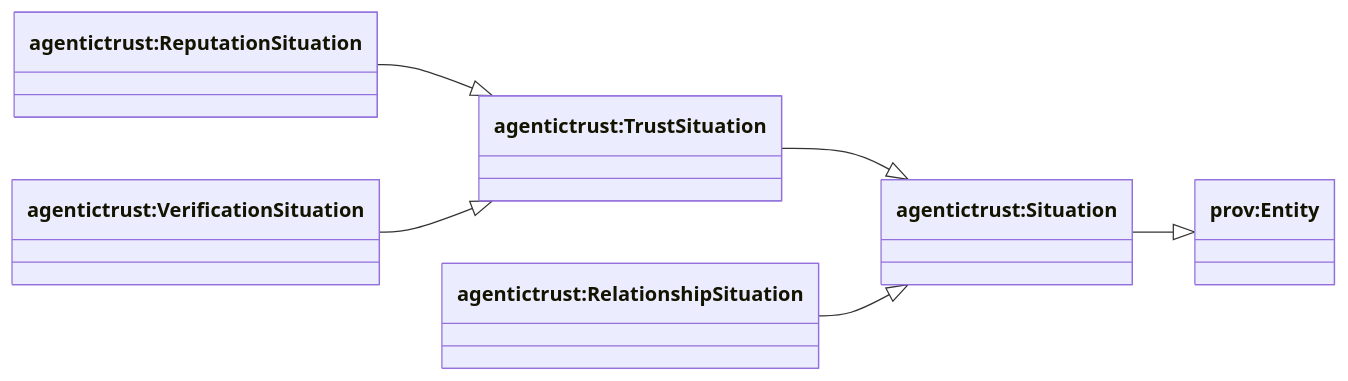
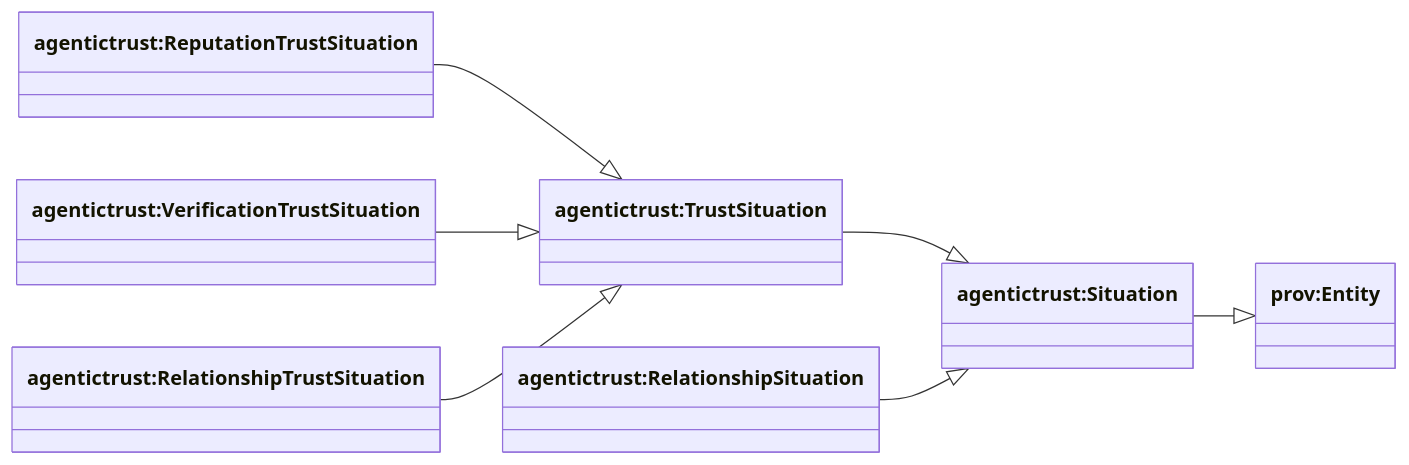
The first of 7 diagrams in docs/ontology/situation.md (Agentic-Trust-Layer/agent-explorer), drawn with Mermaid before and after one commit. The commit also changed other lines of this file and 16 other files, not shown here.

Commit message:
update with trust situation and trust assertion

````diff
--- a/docs/ontology/situation.md
+++ b/docs/ontology/situation.md
@@ -12,17 +12,19 @@
 ```mermaid
 classDiagram
 direction LR
 
 class provEntity["prov:Entity"]
 class Situation["agentictrust:Situation"]
 class TrustSituation["agentictrust:TrustSituation"]
-class ReputationSituation["agentictrust:ReputationSituation"]
-class VerificationSituation["agentictrust:VerificationSituation"]
+class ReputationTrustSituation["agentictrust:ReputationTrustSituation"]
+class VerificationTrustSituation["agentictrust:VerificationTrustSituation"]
 class RelationshipSituation["agentictrust:RelationshipSituation"]
+class RelationshipTrustSituation["agentictrust:RelationshipTrustSituation"]
 
 Situation --|> provEntity
 TrustSituation --|> Situation
-ReputationSituation --|> TrustSituation
-VerificationSituation --|> TrustSituation
+ReputationTrustSituation --|> TrustSituation
+VerificationTrustSituation --|> TrustSituation
 RelationshipSituation --|> Situation
+RelationshipTrustSituation --|> TrustSituation
 ```
````
